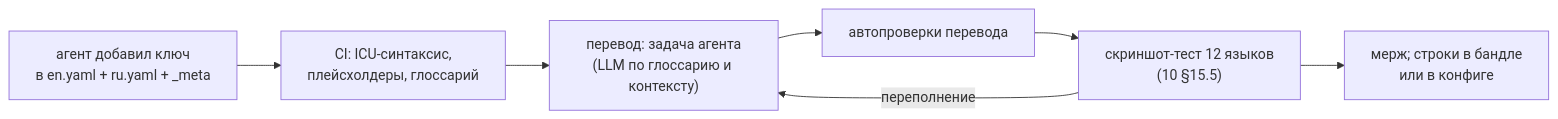
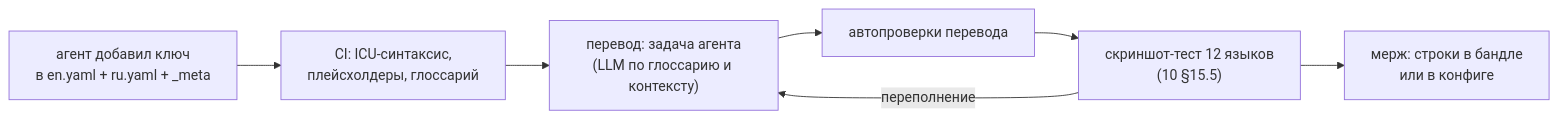
Before and after one commit to kaboomenko/Raivon: diagram 12 of 14 in docs/gdd/12_tech_analytics_roadmap.md, drawn with Mermaid. The commit also changed other lines of this file and 1 other file, not shown here.

````diff
--- a/docs/gdd/12_tech_analytics_roadmap.md
+++ b/docs/gdd/12_tech_analytics_roadmap.md
@@ -1811,9 +1829,9 @@
 ```mermaid
 flowchart LR
   A["агент добавил ключ<br/>в en.yaml + ru.yaml + _meta"] --> B["CI: ICU-синтаксис,<br/>плейсхолдеры, глоссарий"]
   B --> C["перевод: задача агента<br/>(LLM по глоссарию и контексту)"]
   C --> D["автопроверки перевода"]
   D --> E["скриншот-тест 12 языков<br/>(10 §15.5)"]
   E -->|"переполнение"| C
-  E --> F["мерж; строки в бандле<br/>или в конфиге"]
+  E --> F["мерж: строки в бандле<br/>или в конфиге"]
 ```
````
